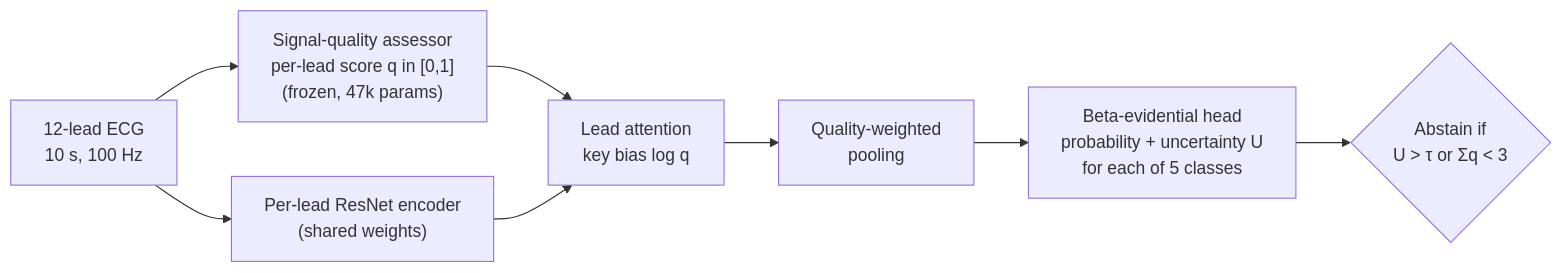
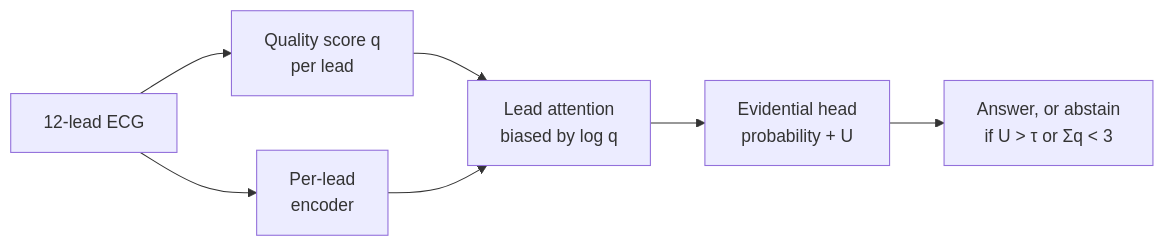
One commit to Sneakyboss221/leadguard changed the diagram in README.md. Above: the diagram before and after it, drawn with Mermaid. The commit also changed other lines of this file, not shown here.

Commit message:
README: simpler model diagram

````diff
--- a/README.md
+++ b/README.md
@@ -35,10 +36,9 @@
 ```mermaid
 flowchart LR
-    X["12-lead ECG<br/>10 s, 100 Hz"] --> Q["Signal-quality assessor<br/>per-lead score q in [0,1]<br/>(frozen, 47k params)"]
-    X --> E["Per-lead ResNet encoder<br/>(shared weights)"]
-    Q --> A
-    E --> A["Lead attention<br/>key bias log q"]
-    A --> P["Quality-weighted<br/>pooling"]
-    P --> H["Beta-evidential head<br/>probability + uncertainty U<br/>for each of 5 classes"]
-    H --> D{"Abstain if<br/>U > τ or Σq < 3"}
+    X["12-lead ECG"] --> Q["Quality score q<br/>per lead"]
+    X --> E["Per-lead<br/>encoder"]
+    Q --> A["Lead attention<br/>biased by log q"]
+    E --> A
+    A --> H["Evidential head<br/>probability + U"]
+    H --> D["Answer, or abstain<br/>if U > τ or Σq < 3"]
 ```
````
